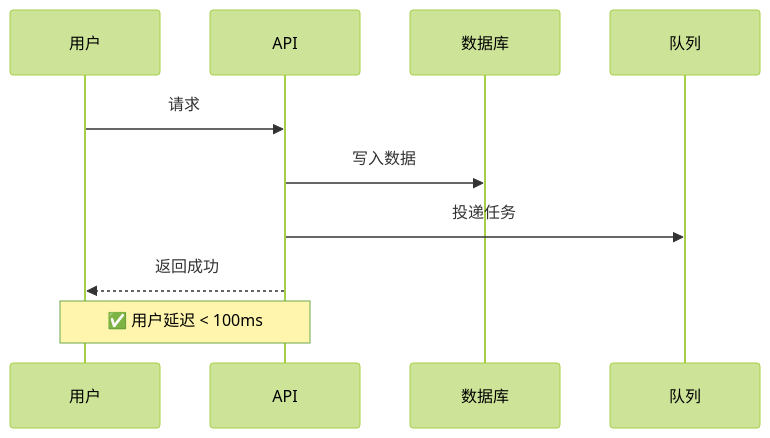
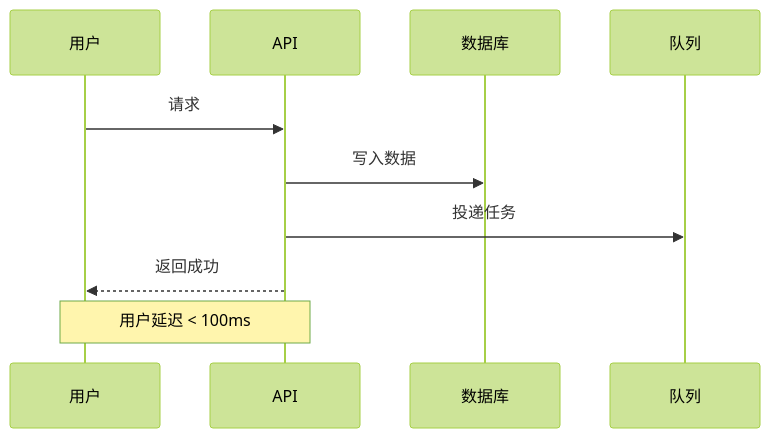
One commit to MrBigPorter/JoyMini_Nest_Monorepo changed the diagram in docs/TECHNICAL_DOCUMENT_TEMPLATE.md. Above: the diagram before and after it, drawn with Mermaid (forest theme). The commit also changed other lines of this file and 297 other files, not shown here.

First line of the commit message:
refactor(frontend-blog): simplify platform architecture and unify query hooks

````diff
--- a/docs/TECHNICAL_DOCUMENT_TEMPLATE.md
+++ b/docs/TECHNICAL_DOCUMENT_TEMPLATE.md
@@ -75,13 +75,13 @@
 ```mermaid
 sequenceDiagram
     participant A as 用户
     participant B as API
     participant C as 数据库
     participant D as 队列
 
     A->>B: 请求
     B->>C: 写入数据
     B->>D: 投递任务
     B-->>A: 返回成功
-    Note over A,B: ✅ 用户延迟 < 100ms
+    Note over A,B:  用户延迟 < 100ms
 ```
````
